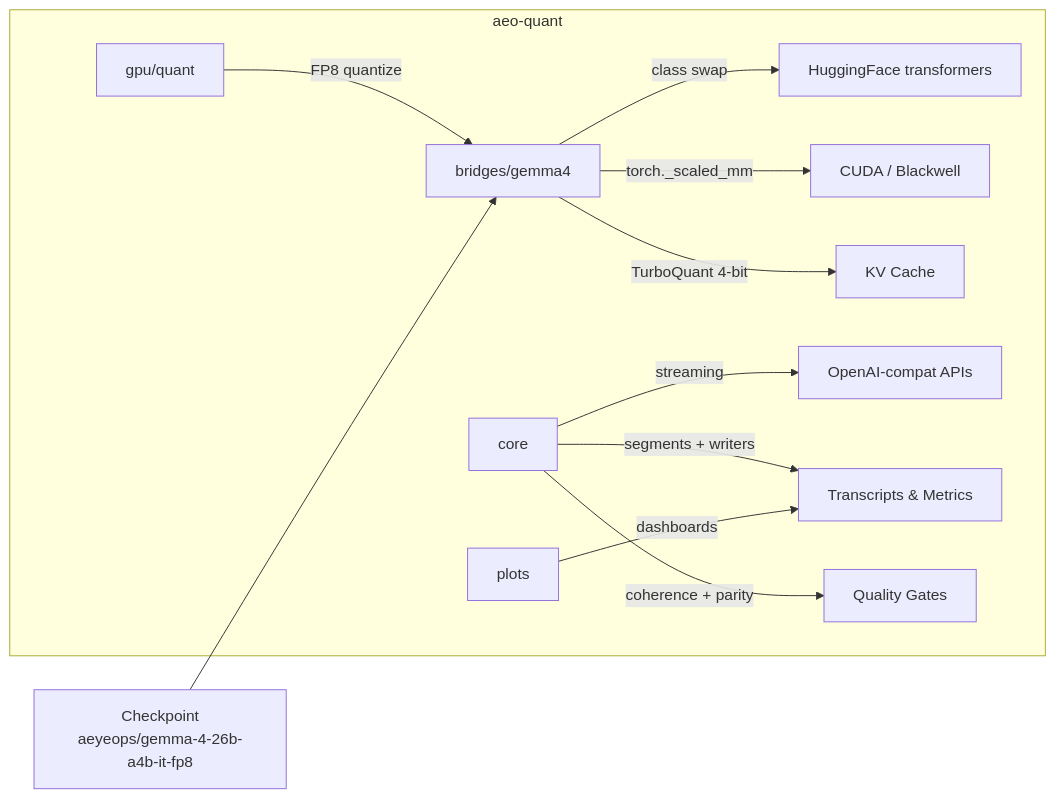
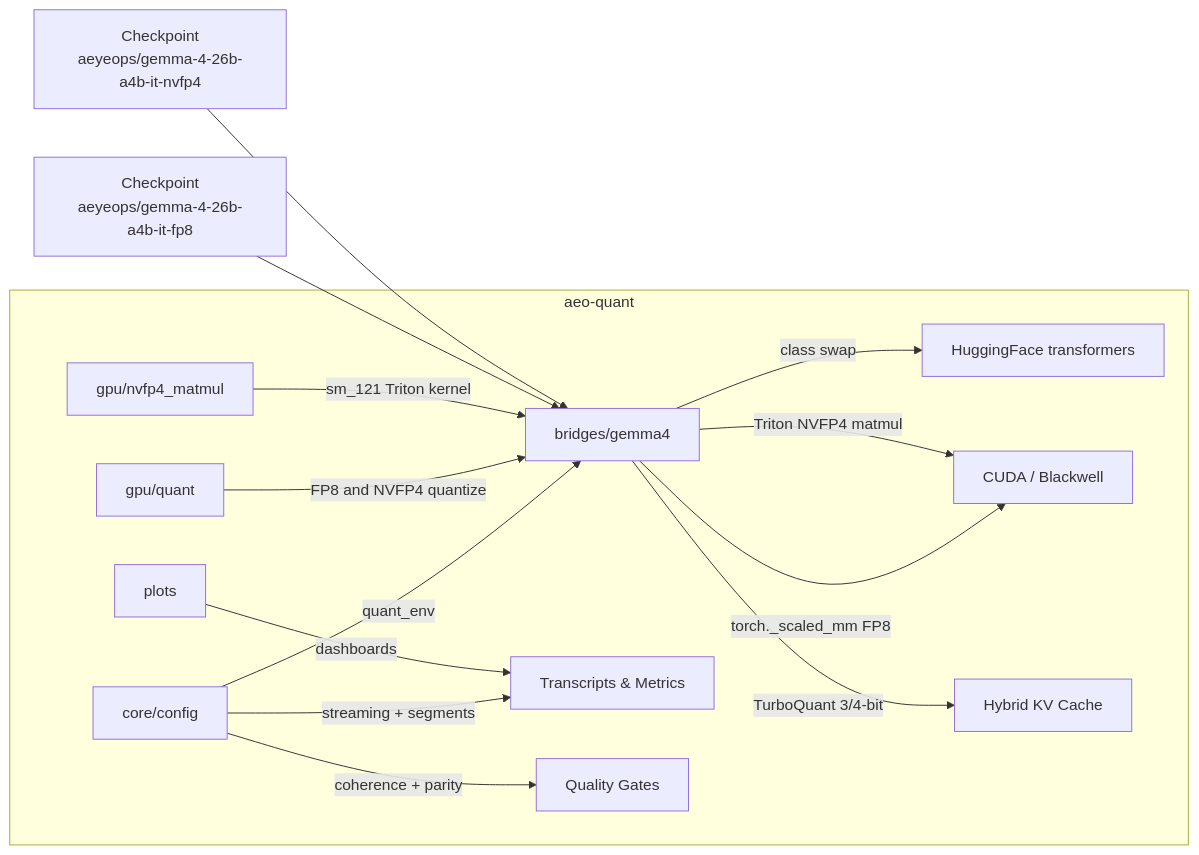
The diagram in README.md (AeyeOps/aeo-quant), drawn with Mermaid before and after one commit. The commit also changed other lines of this file and 4 other files, not shown here.

First line of the commit message:
0.1.15: publish NVFP4 checkpoint, dual-product README

````diff
--- a/README.md
+++ b/README.md
@@ -71,14 +82,17 @@
 ```mermaid
 graph LR
     subgraph "aeo-quant"
         B[bridges/gemma4] -->|class swap| HF[HuggingFace transformers]
-        B -->|torch._scaled_mm| GPU[CUDA / Blackwell]
-        B -->|TurboQuant 4-bit| KV[KV Cache]
-        C[core] -->|streaming| API[OpenAI-compat APIs]
-        C -->|segments + writers| OUT[Transcripts & Metrics]
+        B -->|torch._scaled_mm FP8| GPU[CUDA / Blackwell]
+        B -->|Triton NVFP4 matmul| GPU
+        B -->|TurboQuant 3/4-bit| KV[Hybrid KV Cache]
+        C[core/config] -->|quant_env| B
+        C -->|streaming + segments| OUT[Transcripts & Metrics]
         C -->|coherence + parity| GATE[Quality Gates]
-        G[gpu/quant] -->|FP8 quantize| B
+        G[gpu/quant] -->|FP8 and NVFP4 quantize| B
+        G2[gpu/nvfp4_matmul] -->|sm_121 Triton kernel| B
         P[plots] -->|dashboards| OUT
     end
-    CK[Checkpoint\naeyeops/gemma-4-26b-a4b-it-fp8] --> B
+    FP8CK[Checkpoint\naeyeops/gemma-4-26b-a4b-it-fp8] --> B
+    NVFP4CK[Checkpoint\naeyeops/gemma-4-26b-a4b-it-nvfp4] --> B
 ```
````
